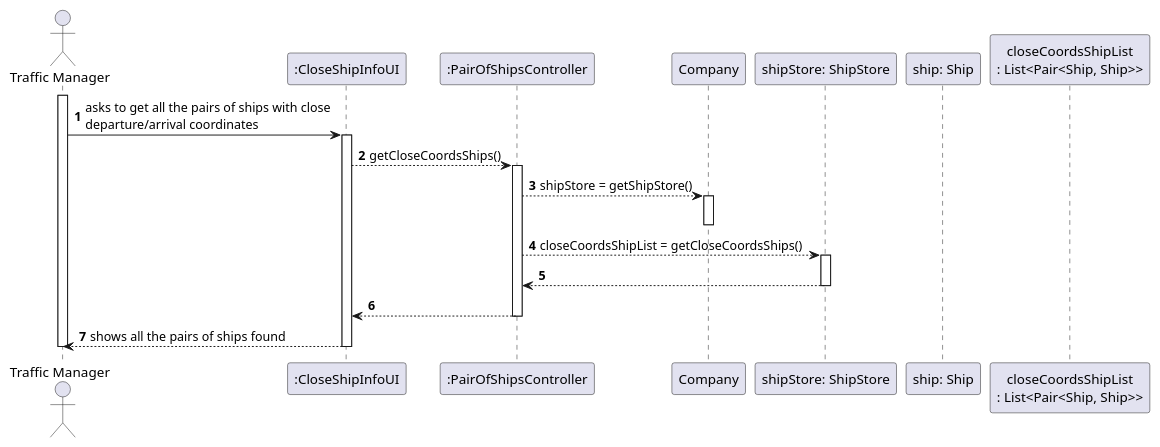
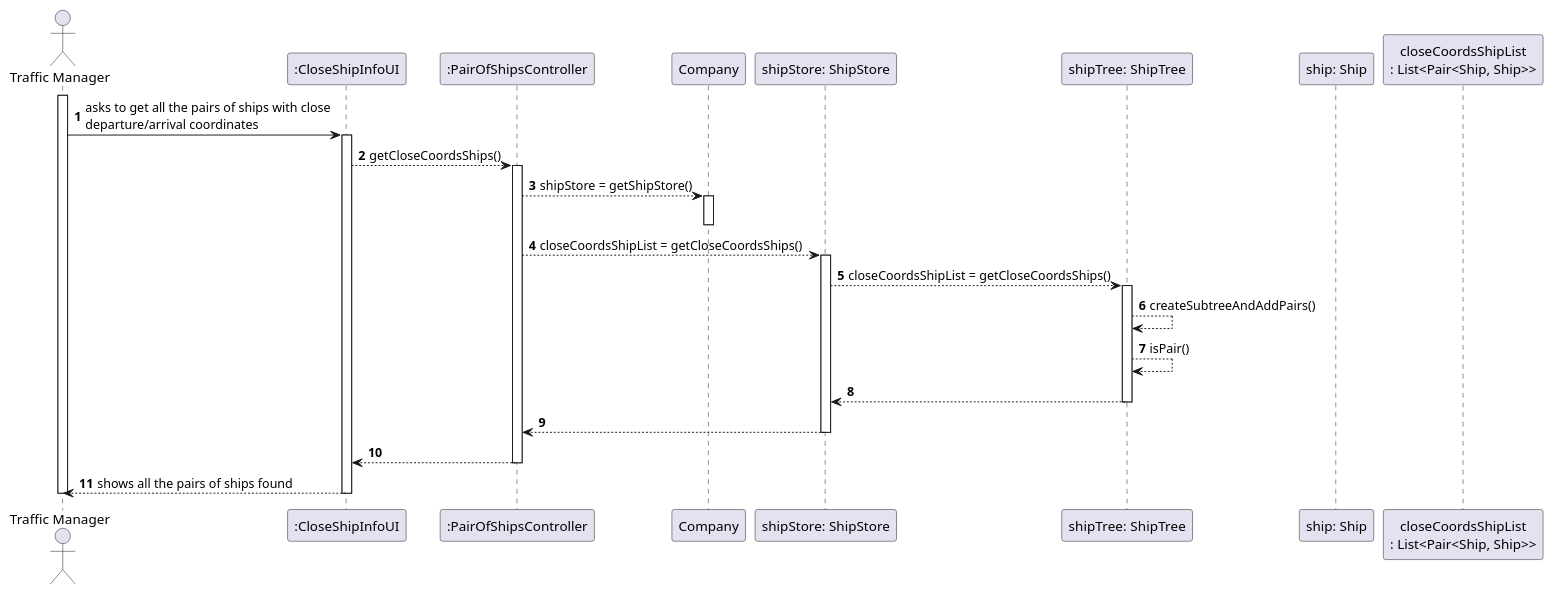
One commit to mpoboas/lapr3-2021-g102 changed the diagram in docs/Sprint1/US107/US107_SD.puml. Above: the diagram before and after it, drawn with PlantUML. The commit also changed 3 other files, not shown here.

```diff
--- a/docs/Sprint1/US107/US107_SD.puml
+++ b/docs/Sprint1/US107/US107_SD.puml
@@ -1,31 +1,38 @@
 @startuml
 autonumber
 'hide footbox
 actor "Traffic Manager" as TF
 
 participant ":CloseShipInfoUI" as UI
 participant ":PairOfShipsController" as CTRL
 participant "Company" as COMP
 participant "shipStore: ShipStore" as STR
+participant "shipTree: ShipTree" as TREE
 participant "ship: Ship" as SHIP
 participant "closeCoordsShipList\n: List<Pair<Ship, Ship>>"
 
 activate TF
 TF -> UI : asks to get all the pairs of ships with close\ndeparture/arrival coordinates
 activate UI
 UI --> CTRL : getCloseCoordsShips()
 activate CTRL
 CTRL --> COMP : shipStore = getShipStore()
 activate COMP
 deactivate COMP
 CTRL --> STR : closeCoordsShipList = getCloseCoordsShips()
 activate STR
+STR --> TREE : closeCoordsShipList = getCloseCoordsShips()
+activate TREE
+TREE --> TREE : createSubtreeAndAddPairs()
+TREE --> TREE : isPair()
+TREE --> STR
+deactivate TREE
 STR --> CTRL
 deactivate STR
 CTRL --> UI
 deactivate CTRL
 UI --> TF : shows all the pairs of ships found
 deactivate UI
 deactivate TF
 
 @enduml
```
